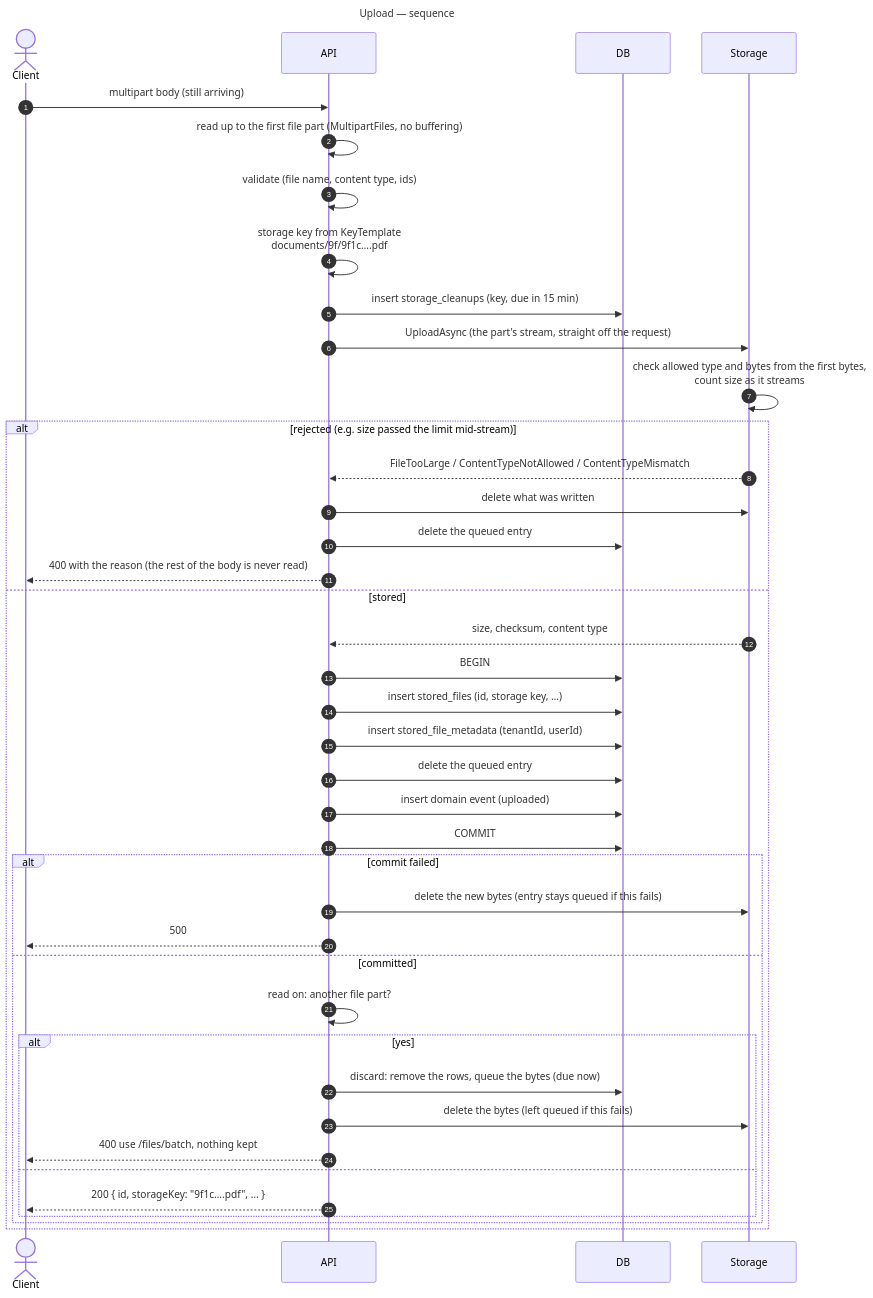
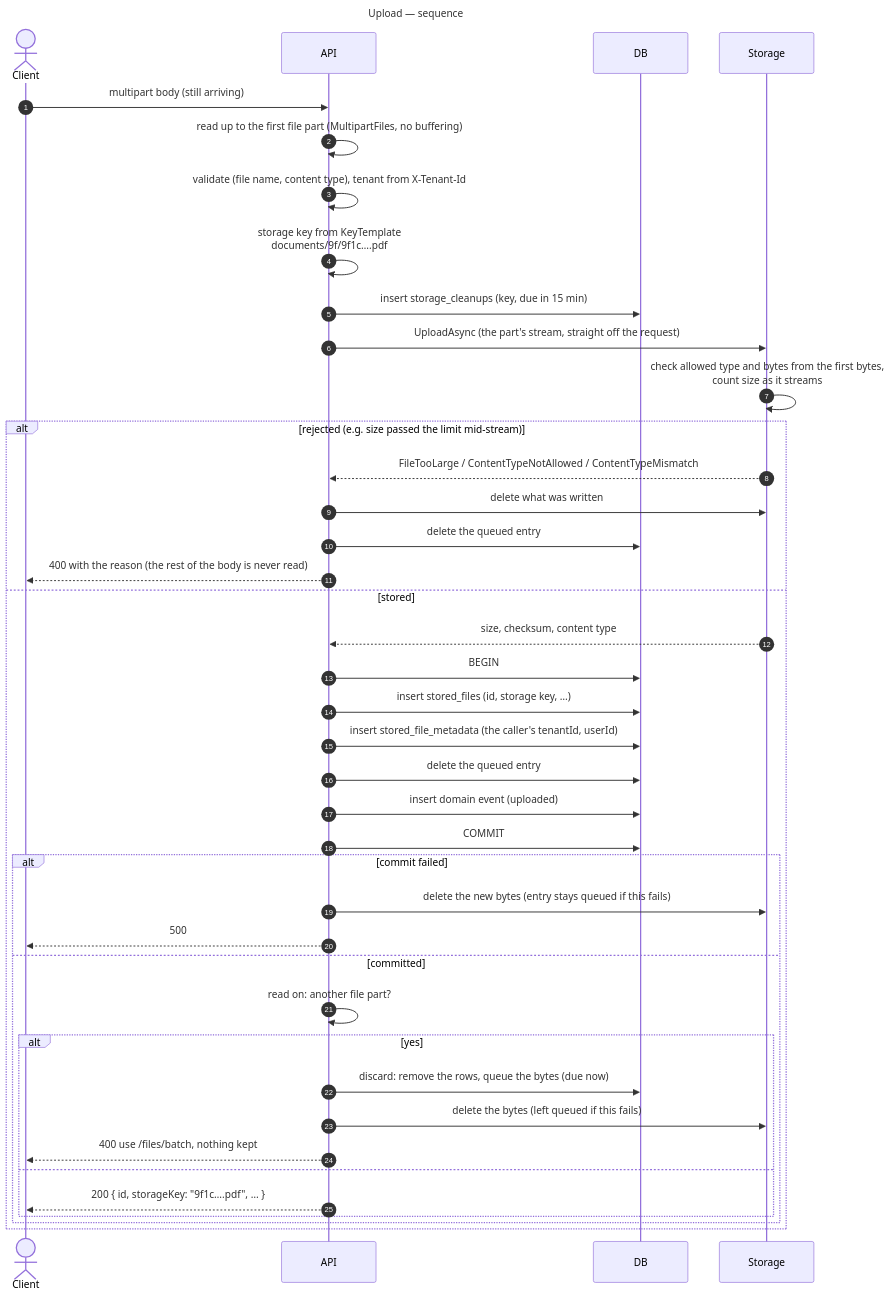
Before and after one commit to gmetskhvarishvili/GM.FileStorage.Samples: the third of 17 diagrams in docs/sequence-diagrams.md, drawn with Mermaid. The commit also changed other lines of this file and 23 other files, not shown here.

First line of the commit message:
feat!: files belong to the caller's tenant, from GM's actor headers

````diff
--- a/docs/sequence-diagrams.md
+++ b/docs/sequence-diagrams.md
@@ -93,46 +93,46 @@
 ```mermaid
 ---
 title: Upload — sequence
 ---
 sequenceDiagram
     autonumber
     actor C as Client
     participant API
     participant DB
     participant S as Storage
 
     C->>API: multipart body (still arriving)
     API->>API: read up to the first file part (MultipartFiles, no buffering)
-    API->>API: validate (file name, content type, ids)
+    API->>API: validate (file name, content type), tenant from X-Tenant-Id
     API->>API: storage key from KeyTemplate<br/>documents/9f/9f1c….pdf
     API->>DB: insert storage_cleanups (key, due in 15 min)
     API->>S: UploadAsync (the part's stream, straight off the request)
     S->>S: check allowed type and bytes from the first bytes,<br/>count size as it streams
     alt rejected (e.g. size passed the limit mid-stream)
         S-->>API: FileTooLarge / ContentTypeNotAllowed / ContentTypeMismatch
         API->>S: delete what was written
         API->>DB: delete the queued entry
         API-->>C: 400 with the reason (the rest of the body is never read)
     else stored
         S-->>API: size, checksum, content type
         API->>DB: BEGIN
         API->>DB: insert stored_files (id, storage key, …)
-        API->>DB: insert stored_file_metadata (tenantId, userId)
+        API->>DB: insert stored_file_metadata (the caller's tenantId, userId)
         API->>DB: delete the queued entry
         API->>DB: insert domain event (uploaded)
         API->>DB: COMMIT
         alt commit failed
             API->>S: delete the new bytes (entry stays queued if this fails)
             API-->>C: 500
         else committed
             API->>API: read on: another file part?
             alt yes
                 API->>DB: discard: remove the rows, queue the bytes (due now)
                 API->>S: delete the bytes (left queued if this fails)
                 API-->>C: 400 use /files/batch, nothing kept
             else
                 API-->>C: 200 { id, storageKey: "9f1c….pdf", … }
             end
         end
     end
 ```
````
